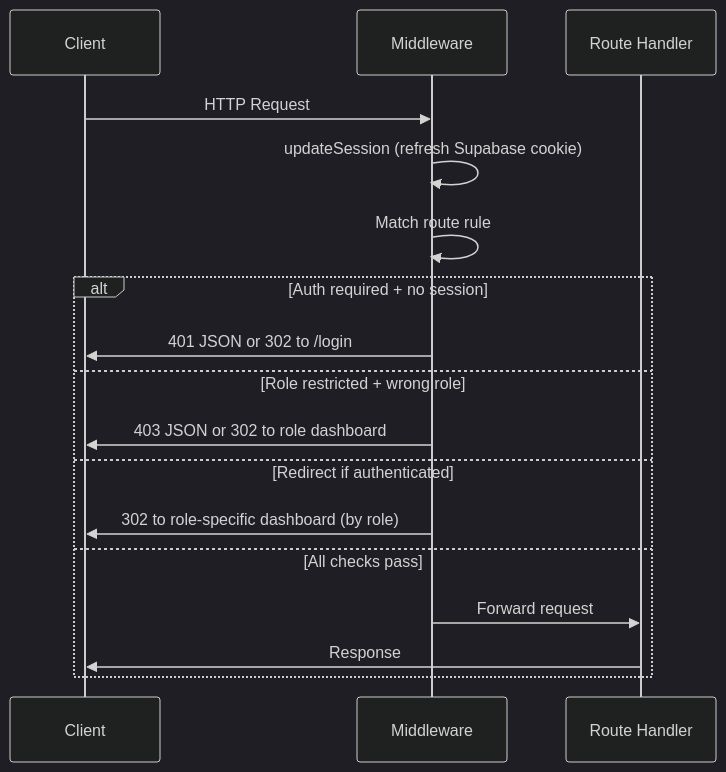
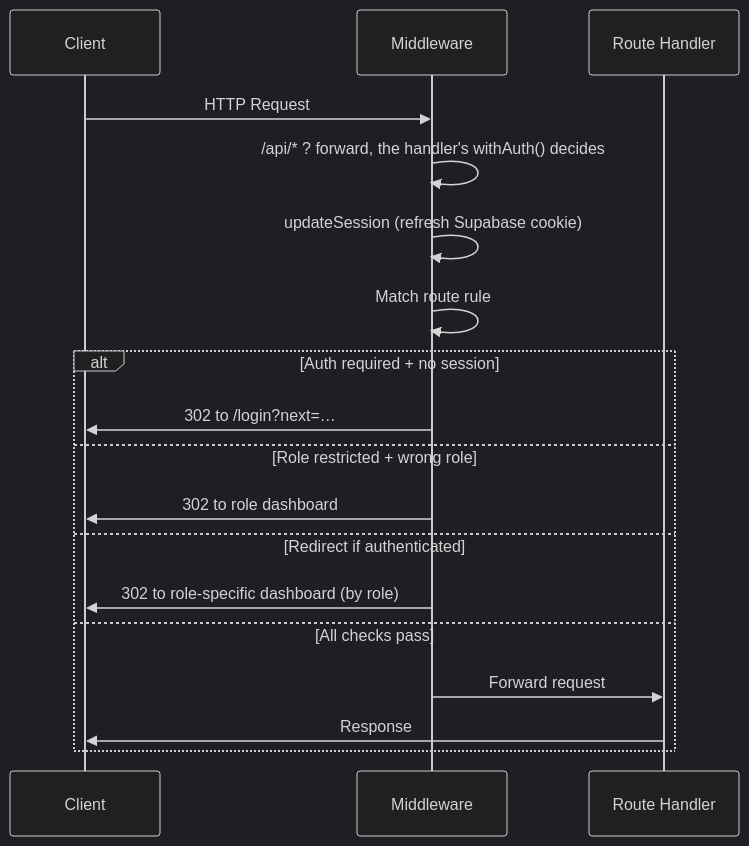
One commit to logyQT/studiq changed the third of 4 diagrams in docs/architecture.md. Above: the diagram before and after it, drawn with Mermaid (dark theme). The commit also changed other lines of this file and 10 other files, not shown here.

````diff
--- a/docs/architecture.md
+++ b/docs/architecture.md
@@ -93,20 +93,21 @@
 ```mermaid
 sequenceDiagram
     participant C as Client
     participant M as Middleware
     participant R as Route Handler
 
     C->>M: HTTP Request
+    M->>M: /api/* ? forward, the handler's withAuth() decides
     M->>M: updateSession (refresh Supabase cookie)
     M->>M: Match route rule
     alt Auth required + no session
-        M->>C: 401 JSON or 302 to /login
+        M->>C: 302 to /login?next=…
     else Role restricted + wrong role
-        M->>C: 403 JSON or 302 to role dashboard
+        M->>C: 302 to role dashboard
     else Redirect if authenticated
         M->>C: 302 to role-specific dashboard (by role)
     else All checks pass
         M->>R: Forward request
         R->>C: Response
     end
 ```
````
